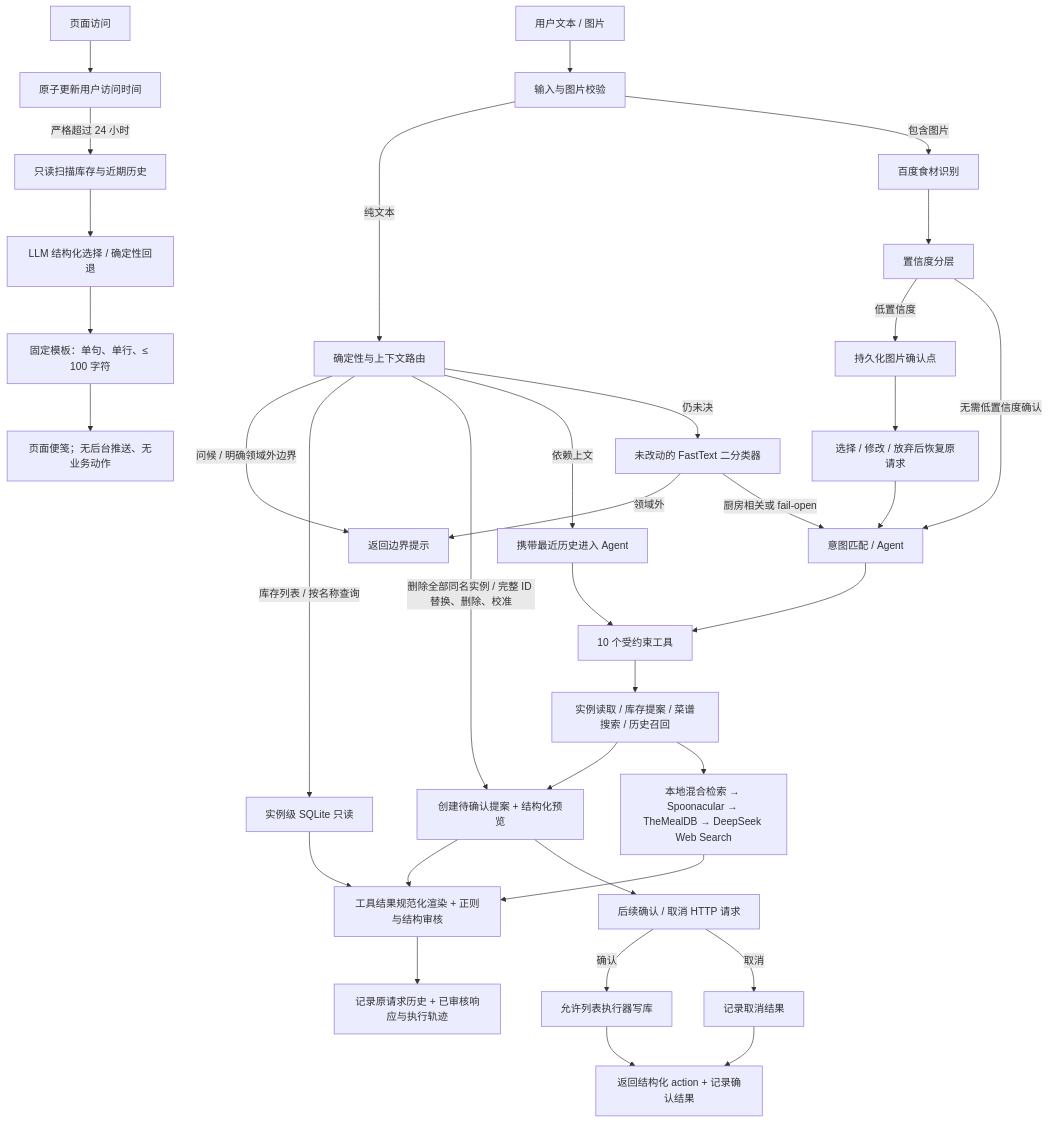
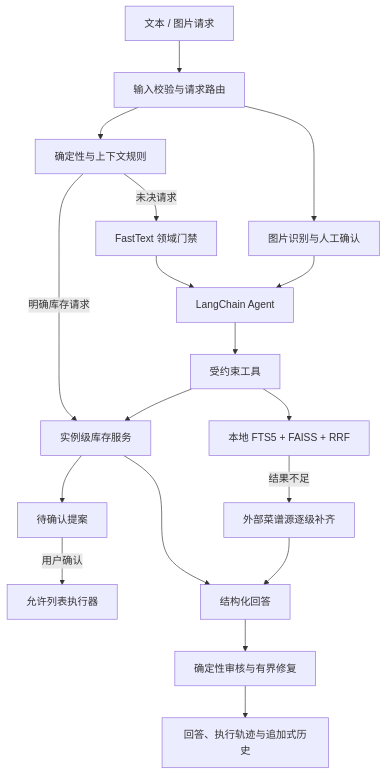
One commit to aicecould/kitchen_inventory_agent changed the diagram in README.md. Above: the diagram before and after it, drawn with Mermaid. The commit also changed other lines of this file, not shown here.

````diff
--- a/README.md
+++ b/README.md
@@ -41,43 +9,20 @@
 ```mermaid
 flowchart TD
-    A["用户文本 / 图片"] --> B["输入与图片校验"]
-
-    B -->|纯文本| C["确定性与上下文路由"]
-    C -->|问候 / 明确领域外边界| C1["返回边界提示"]
-    C -->|库存列表 / 按名称查询| D["实例级 SQLite 只读"]
-    C -->|删除全部同名实例 / 完整 ID 替换、删除、校准| E["创建待确认提案 + 结构化预览"]
-    C -->|依赖上文| F["携带最近历史进入 Agent"]
-    C -->|仍未决| G["未改动的 FastText 二分类器"]
-    G -->|领域外| C1
-    G -->|厨房相关或 fail-open| H["意图匹配 / Agent"]
-
-    B -->|包含图片| I["百度食材识别"]
-    I --> J["置信度分层"]
-    J -->|低置信度| K["持久化图片确认点"]
-    K --> L["选择 / 修改 / 放弃后恢复原请求"]
-    J -->|无需低置信度确认| H
-    L --> H
-
-    F --> M["10 个受约束工具"]
-    H --> M
-    M --> N["实例读取 / 库存提案 / 菜谱搜索 / 历史召回"]
-    N --> E
-    N --> O["本地混合检索 → Spoonacular → TheMealDB → DeepSeek Web Search"]
-
-    D --> S["工具结果规范化渲染 + 正则与结构审核"]
-    E --> S
-    O --> S
-    S --> T["记录原请求历史 + 已审核响应与执行轨迹"]
-
-    E --> P["后续确认 / 取消 HTTP 请求"]
-    P -->|确认| Q["允许列表执行器写库"]
-    P -->|取消| R["记录取消结果"]
-    Q --> T1["返回结构化 action + 记录确认结果"]
-    R --> T1
-
-    U["页面访问"] --> V["原子更新用户访问时间"]
-    V -->|严格超过 24 小时| W["只读扫描库存与近期历史"]
-    W --> X["LLM 结构化选择 / 确定性回退"]
-    X --> Y["固定模板：单句、单行、≤ 100 字符"]
-    Y --> Z["页面便笺；无后台推送、无业务动作"]
+    A["文本 / 图片请求"] --> B["输入校验与请求路由"]
+    B --> C["确定性与上下文规则"]
+    B --> D["图片识别与人工确认"]
+    C -->|"明确库存请求"| E["实例级库存服务"]
+    C -->|"未决请求"| F["FastText 领域门禁"]
+    F --> G["LangChain Agent"]
+    D --> G
+    G --> H["受约束工具"]
+    H --> E
+    H --> I["本地 FTS5 + FAISS + RRF"]
+    I -->|"结果不足"| J["外部菜谱源逐级补齐"]
+    E --> K["待确认提案"]
+    K -->|"用户确认"| L["允许列表执行器"]
+    E --> M["结构化回答"]
+    J --> M
+    M --> N["确定性审核与有界修复"]
+    N --> O["回答、执行轨迹与追加式历史"]
 ```
````
